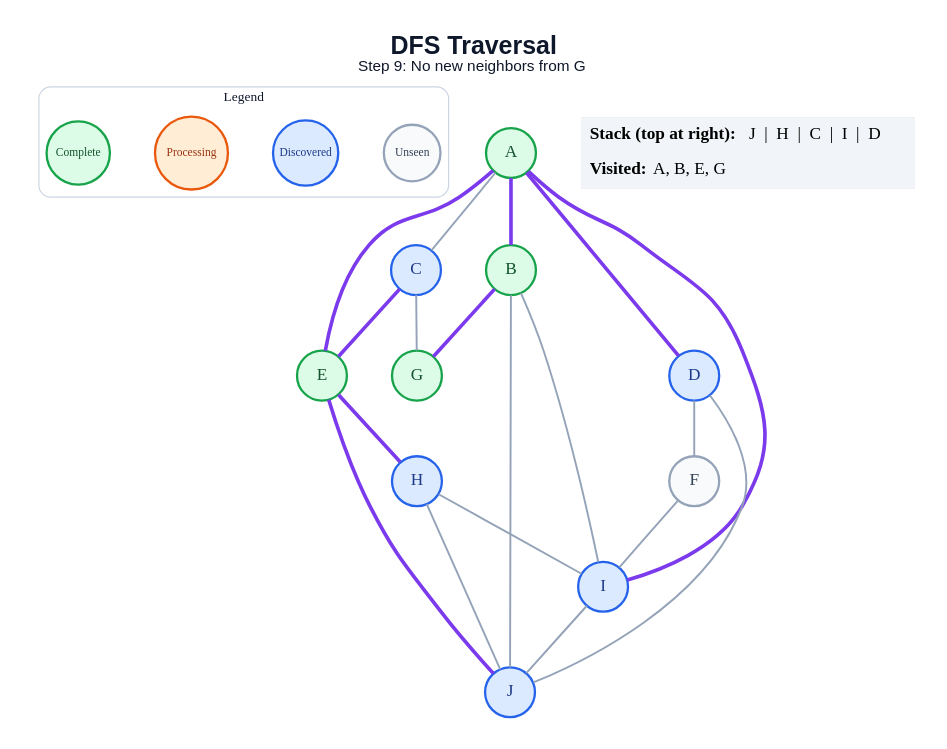
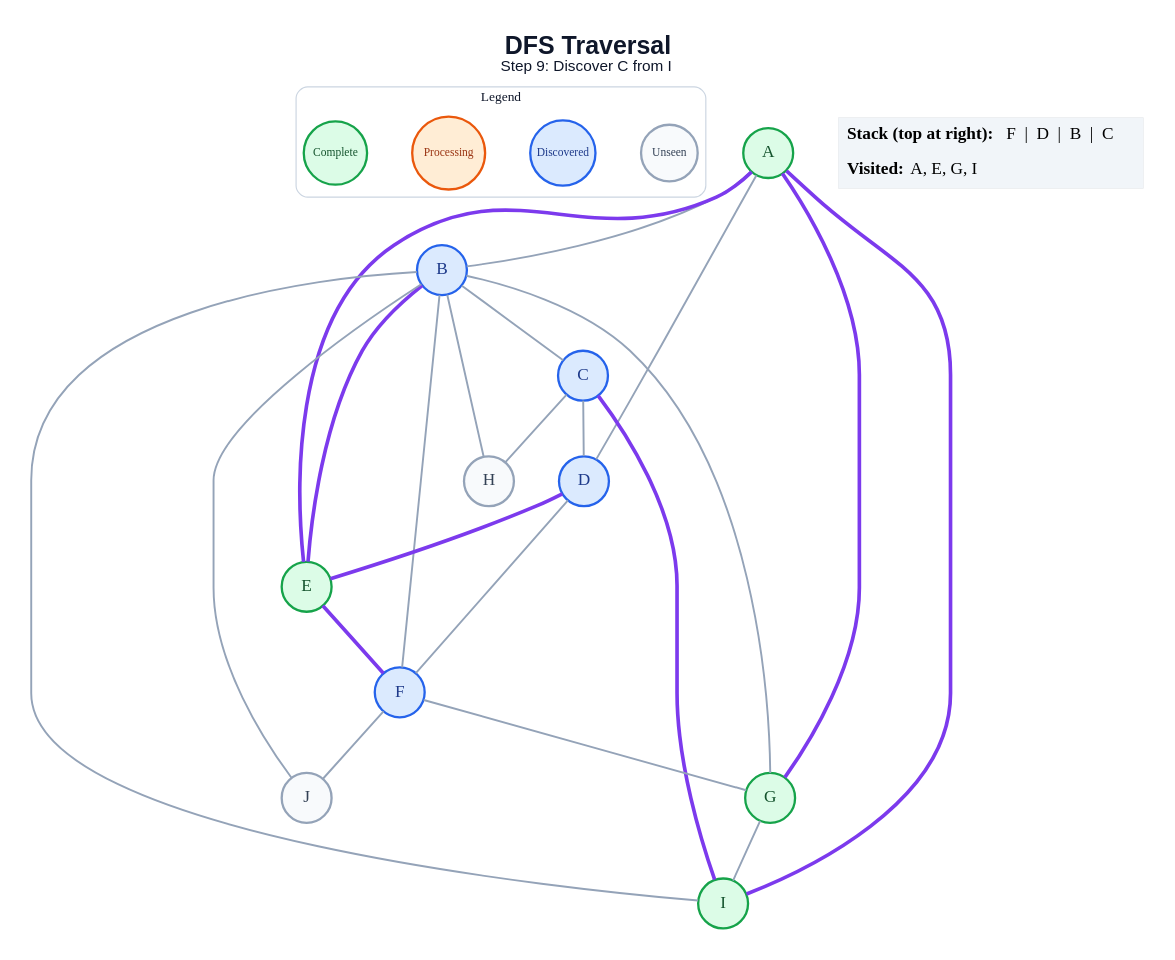
Before and after one commit to amanghodawala9/ai-slop: the diagram in generated/specific-node/dfs/step_09.dot, drawn with Graphviz. The commit also changed 178 other files, not shown here.

```diff
--- a/generated/specific-node/dfs/step_09.dot
+++ b/generated/specific-node/dfs/step_09.dot
@@ -1,47 +1,50 @@
 graph traversal {
   graph [layout=dot, rankdir=TB, bgcolor="#FFFFFF", pad="0.35", nodesep="0.65", ranksep="0.8", fontname="Arial"];
   node [shape=circle, style="filled", fontname="Arial Bold", fontsize=18, width=0.72, fixedsize=true, penwidth=2.4];
   edge [color="#94A3B8", penwidth=2.0];
-  label=<<B>DFS Traversal</B><BR/><FONT POINT-SIZE="16">Step 9: No new neighbors from G</FONT>>; labelloc="t"; fontsize=26; fontname="Arial"; fontcolor="#0F172A";
+  label=<<B>DFS Traversal</B><BR/><FONT POINT-SIZE="16">Step 9: Discover C from I</FONT>>; labelloc="t"; fontsize=26; fontname="Arial"; fontcolor="#0F172A";
   subgraph cluster_legend { label="Legend"; color="#CBD5E1"; penwidth=1.2; style="rounded"; fontsize=14; fontname="Arial Bold";
     key_unseen [label="Unseen", fillcolor="#F8FAFC", color="#94A3B8", fontcolor="#334155", fontsize=12, width=0.82];
     key_frontier [label="Discovered", fillcolor="#DBEAFE", color="#2563EB", fontcolor="#1E3A8A", fontsize=12, width=0.95];
     key_current [label="Processing", fillcolor="#FFEDD5", color="#EA580C", fontcolor="#9A3412", fontsize=12, width=1.05];
     key_done [label="Complete", fillcolor="#DCFCE7", color="#16A34A", fontcolor="#14532D", fontsize=12, width=0.92];
     { rank=same; key_unseen; key_frontier; key_current; key_done; }
   }
   A [fillcolor="#DCFCE7", color="#16A34A", fontcolor="#14532D"];
-  B [fillcolor="#DCFCE7", color="#16A34A", fontcolor="#14532D"];
+  B [fillcolor="#DBEAFE", color="#2563EB", fontcolor="#1E3A8A"];
   C [fillcolor="#DBEAFE", color="#2563EB", fontcolor="#1E3A8A"];
   D [fillcolor="#DBEAFE", color="#2563EB", fontcolor="#1E3A8A"];
   E [fillcolor="#DCFCE7", color="#16A34A", fontcolor="#14532D"];
-  F [fillcolor="#F8FAFC", color="#94A3B8", fontcolor="#334155"];
+  F [fillcolor="#DBEAFE", color="#2563EB", fontcolor="#1E3A8A"];
   G [fillcolor="#DCFCE7", color="#16A34A", fontcolor="#14532D"];
-  H [fillcolor="#DBEAFE", color="#2563EB", fontcolor="#1E3A8A"];
-  I [fillcolor="#DBEAFE", color="#2563EB", fontcolor="#1E3A8A"];
-  J [fillcolor="#DBEAFE", color="#2563EB", fontcolor="#1E3A8A"];
-  A -- B [color="#7C3AED", penwidth=3.8];
-  A -- C;
-  A -- D [color="#7C3AED", penwidth=3.8];
+  H [fillcolor="#F8FAFC", color="#94A3B8", fontcolor="#334155"];
+  I [fillcolor="#DCFCE7", color="#16A34A", fontcolor="#14532D"];
+  J [fillcolor="#F8FAFC", color="#94A3B8", fontcolor="#334155"];
+  A -- B;
+  A -- D;
   A -- E [color="#7C3AED", penwidth=3.8];
+  A -- G [color="#7C3AED", penwidth=3.8];
   A -- I [color="#7C3AED", penwidth=3.8];
-  B -- G [color="#7C3AED", penwidth=3.8];
+  B -- C;
+  B -- E [color="#7C3AED", penwidth=3.8];
+  B -- F;
+  B -- G;
+  B -- H;
   B -- I;
   B -- J;
-  C -- E [color="#7C3AED", penwidth=3.8];
-  C -- G;
+  C -- D;
+  C -- H;
+  C -- I [color="#7C3AED", penwidth=3.8];
+  D -- E [color="#7C3AED", penwidth=3.8];
   D -- F;
-  D -- J;
-  E -- H [color="#7C3AED", penwidth=3.8];
-  E -- J [color="#7C3AED", penwidth=3.8];
-  F -- I;
-  H -- I;
-  H -- J;
-  I -- J;
+  E -- F [color="#7C3AED", penwidth=3.8];
+  F -- G;
+  F -- J;
+  G -- I;
   status [shape=plain, fixedsize=false, width=0, height=0, margin=0, label=<
     <TABLE BORDER="0" CELLBORDER="0" CELLPADDING="7" BGCOLOR="#F1F5F9">
-      <TR><TD ALIGN="LEFT"><B>Stack (top at right):</B> J  |  H  |  C  |  I  |  D</TD></TR>
-      <TR><TD ALIGN="LEFT"><B>Visited:</B> A, B, E, G</TD></TR>
+      <TR><TD ALIGN="LEFT"><B>Stack (top at right):</B> F  |  D  |  B  |  C</TD></TR>
+      <TR><TD ALIGN="LEFT"><B>Visited:</B> A, E, G, I</TD></TR>
     </TABLE>
   >];
 }
```
